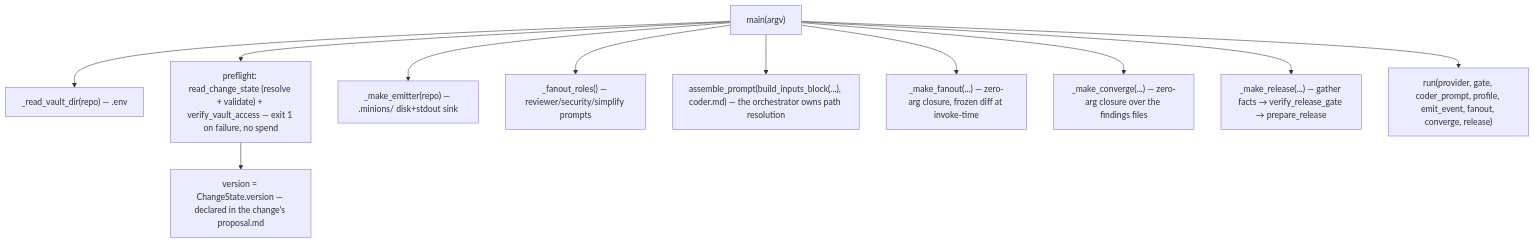
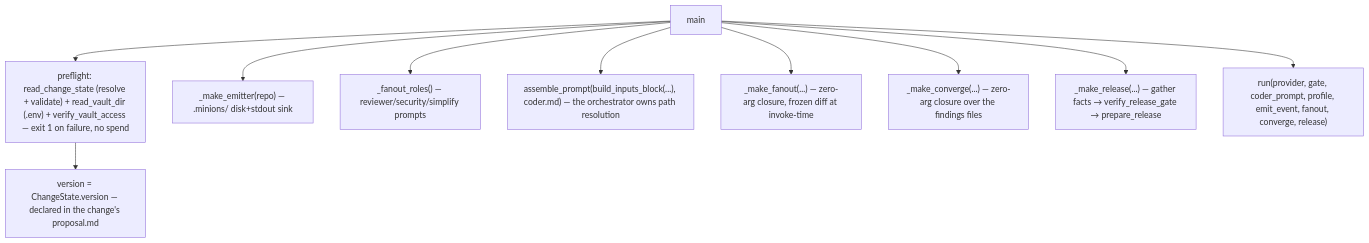
The diagram in docs/modules/main.md (alxb1t/minionsfactory), drawn with Mermaid before and after one commit. The commit also changed other lines of this file and 21 other files, not shown here.

````diff
--- a/docs/modules/main.md
+++ b/docs/modules/main.md
@@ -35,13 +37,12 @@
 ```mermaid
 flowchart TD
-    main["main(argv)"] --> vault["_read_vault_dir(repo) — .env"]
-    main --> pre["preflight: read_change_state (resolve + validate) + verify_vault_access — exit 1 on failure, no spend"]
+    main --> pre["preflight: read_change_state (resolve + validate) + read_vault_dir (.env) + verify_vault_access — exit 1 on failure, no spend"]
     main --> emit["_make_emitter(repo) — .minions/ disk+stdout sink"]
     pre --> ver["version = ChangeState.version — declared in the change's proposal.md"]
     main --> roles["_fanout_roles() — reviewer/security/simplify prompts"]
     main --> cp["assemble_prompt(build_inputs_block(...), coder.md) — the orchestrator owns path resolution"]
     main --> fo["_make_fanout(...) — zero-arg closure, frozen diff at invoke-time"]
     main --> cv["_make_converge(...) — zero-arg closure over the findings files"]
     main --> rel["_make_release(...) — gather facts → verify_release_gate → prepare_release"]
     main --> run["run(provider, gate, coder_prompt, profile, emit_event, fanout, converge, release)"]
 ```
````
